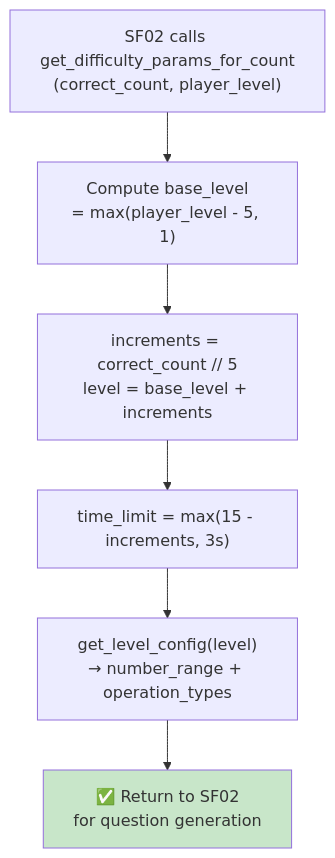
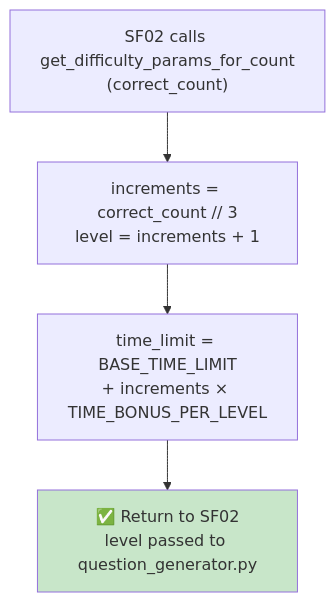
Before and after one commit to DoTienHai/MathBattle-BE: the diagram in docs/01_Design/BE/sub_functions/G02_F04_SF06.md, drawn with Mermaid. The commit also changed other lines of this file and 13 other files, not shown here.

First line of the commit message:
feat(game): implement G02_F04 SF09 question generator + hybrid question source

````diff
--- a/docs/01_Design/BE/sub_functions/G02_F04_SF06.md
+++ b/docs/01_Design/BE/sub_functions/G02_F04_SF06.md
@@ -73,10 +71,8 @@
 ```mermaid
 flowchart TD
-    A["SF02 calls get_difficulty_params_for_count\n(correct_count, player_level)"] --> B["Compute base_level\n= max(player_level - 5, 1)"]
-    B --> C["increments = correct_count // 5\nlevel = base_level + increments"]
-    C --> D["time_limit = max(15 - increments, 3s)"]
-    D --> E["get_level_config(level)\n→ number_range + operation_types"]
-    E --> F["✅ Return to SF02\nfor question generation"]
+    A["SF02 calls get_difficulty_params_for_count\n(correct_count)"] --> B["increments = correct_count // 3\nlevel = increments + 1"]
+    B --> C["time_limit = BASE_TIME_LIMIT\n+ increments × TIME_BONUS_PER_LEVEL"]
+    C --> D["✅ Return to SF02\nlevel passed to question_generator.py"]
 
-    style F fill:#c8e6c9
+    style D fill:#c8e6c9
 ```
````
